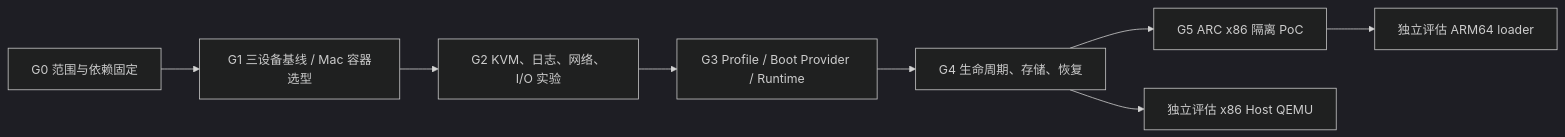
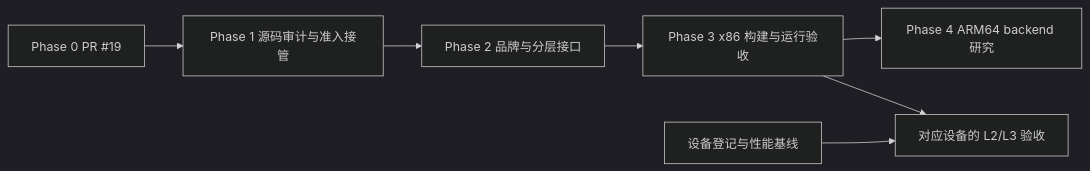
One commit to Ben8368/DockDSM changed the diagram in docs/implementation-plan.md. Above: the diagram before and after it, drawn with Mermaid (dark theme). The commit also changed other lines of this file and 18 other files, not shown here.

````diff
--- a/docs/implementation-plan.md
+++ b/docs/implementation-plan.md
@@ -30,10 +42,9 @@
 ```mermaid
 flowchart LR
-  G0["G0 范围与依赖固定"] --> G1["G1 三设备基线 / Mac 容器选型"]
-  G1 --> G2["G2 KVM、日志、网络、I/O 实验"]
-  G2 --> G3["G3 Profile / Boot Provider / Runtime"]
-  G3 --> G4["G4 生命周期、存储、恢复"]
-  G4 --> G5["G5 ARC x86 隔离 PoC"]
-  G4 --> H["独立评估 x86 Host QEMU"]
-  G5 --> R["独立评估 ARM64 loader"]
+  P0["Phase 0 PR #19"] --> P1["Phase 1 源码审计与准入接管"]
+  P1 --> P2["Phase 2 品牌与分层接口"]
+  P2 --> P3["Phase 3 x86 构建与运行验收"]
+  P3 --> P4["Phase 4 ARM64 backend 研究"]
+  B["设备登记与性能基线"] --> V["对应设备的 L2/L3 验收"]
+  P3 --> V
 ```
````
